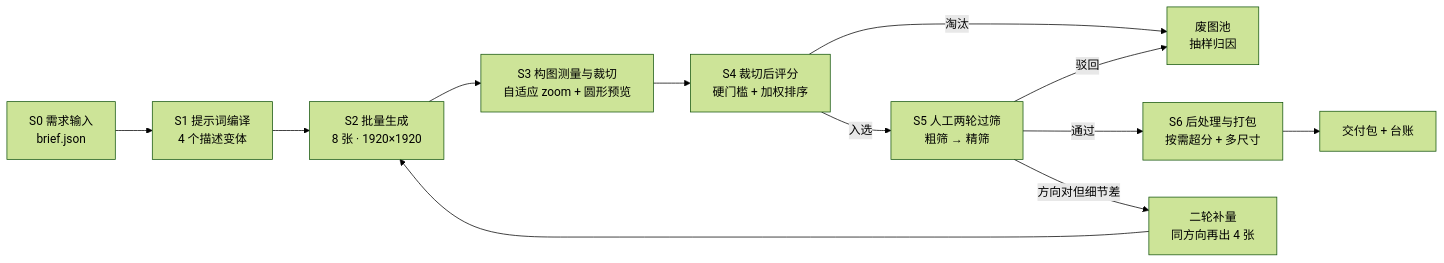
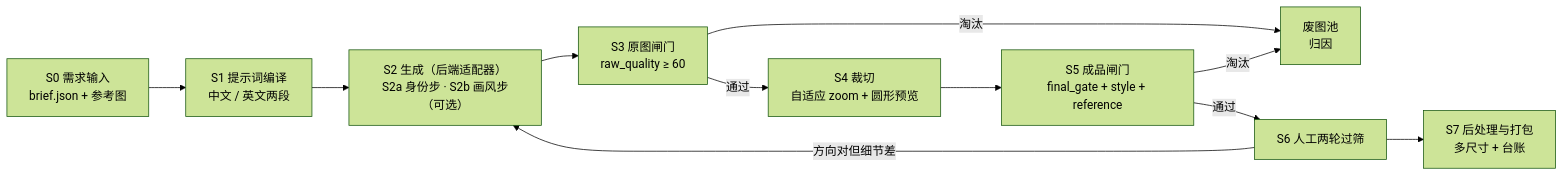
Before and after one commit to sdzdrccc/sdz-ptah: the diagram in ai-anime-avatar/outputs/AI动漫头像生成方案.md, drawn with Mermaid (forest theme). The commit also changed other lines of this file and 39 other files, not shown here.

First line of the commit message:
feat: 接入魔搭生图后端并新增本地网页控制台

````diff
--- a/ai-anime-avatar/outputs/AI动漫头像生成方案.md
+++ b/ai-anime-avatar/outputs/AI动漫头像生成方案.md
@@ -473,14 +522,13 @@
 ```mermaid
 flowchart LR
-  A["S0 需求输入<br/>brief.json"] --> B["S1 提示词编译<br/>4 个描述变体"]
-  B --> C["S2 批量生成<br/>8 张 · 1920×1920"]
-  C --> D["S3 构图测量与裁切<br/>自适应 zoom + 圆形预览"]
-  D --> E["S4 裁切后评分<br/>硬门槛 + 加权排序"]
-  E -->|淘汰| X["废图池<br/>抽样归因"]
-  E -->|入选| F["S5 人工两轮过筛<br/>粗筛 → 精筛"]
-  F -->|通过| G["S6 后处理与打包<br/>按需超分 + 多尺寸"]
-  F -->|方向对但细节差| H["二轮补量<br/>同方向再出 4 张"]
-  H --> C
-  F -->|驳回| X
-  G --> I["交付包 + 台账"]
+  A["S0 需求输入<br/>brief.json + 参考图"] --> B["S1 提示词编译<br/>中文 / 英文两段"]
+  B --> C["S2 生成（后端适配器）<br/>S2a 身份步 · S2b 画风步（可选）"]
+  C --> D["S3 原图闸门<br/>raw_quality ≥ 60"]
+  D -->|淘汰| X["废图池<br/>归因"]
+  D -->|通过| E["S4 裁切<br/>自适应 zoom + 圆形预览"]
+  E --> F["S5 成品闸门<br/>final_gate + style + reference"]
+  F -->|淘汰| X
+  F -->|通过| G["S6 人工两轮过筛"]
+  G --> H["S7 后处理与打包<br/>多尺寸 + 台账"]
+  G -->|方向对但细节差| C
 ```
````
